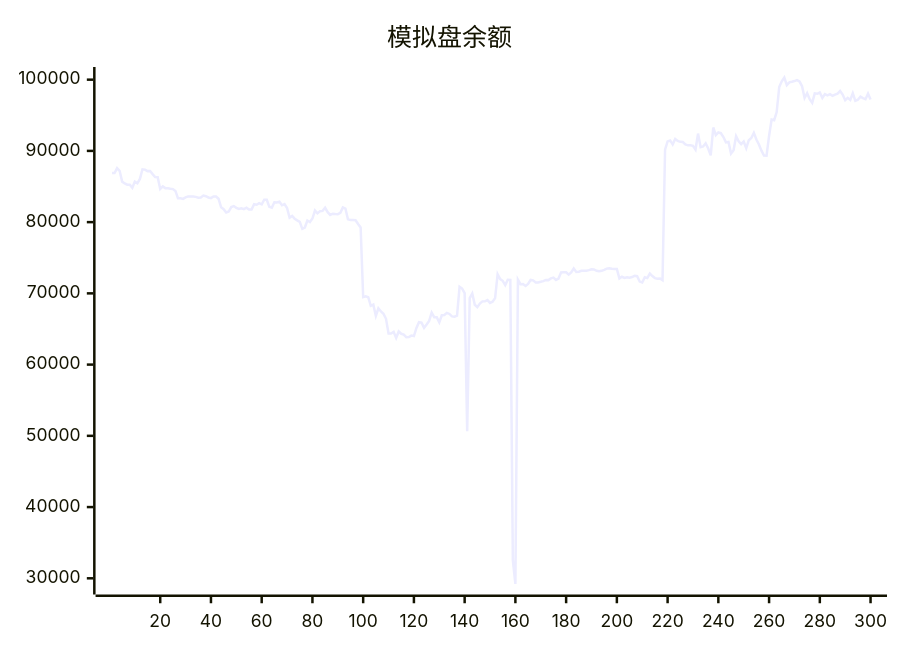
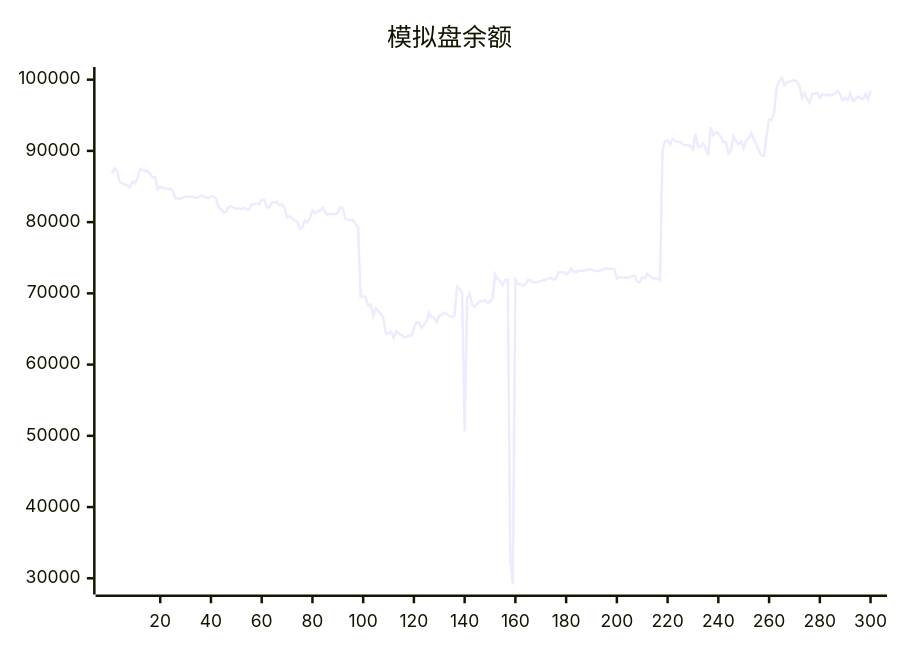
One commit to aahl/ai-trading changed the diagram in README.md. Above: the diagram before and after it, drawn with Mermaid. The commit also changed other lines of this file and 1 other file, not shown here.

````diff
--- a/README.md
+++ b/README.md
@@ -5,5 +5,5 @@
 ```mermaid
 xychart
     title "模拟盘余额"
-    line [86894,86884,87576,87209,85686,85435,85251,85255,84820,85689,85453,86066,87420,87373,87161,87178,86740,86341,86315,84643,85012,84772,84768,84690,84635,84376,83360,83357,83259,83474,83608,83606,83602,83548,83440,83454,83724,83644,83464,83365,83590,83592,83275,82072,81806,81344,81492,82109,82254,82006,81848,81955,81829,82022,81769,81776,82522,82441,82656,82498,83144,83144,82150,82038,82797,82763,82872,82367,82536,81981,80612,80862,80484,80242,80034,79063,79245,80226,80016,80507,81625,81233,81544,81578,82016,81401,81019,81186,81130,81118,81306,82066,81909,80392,80304,80291,80258,79729,79261,69466,69579,69456,68251,68415,66832,67911,67462,67144,66432,64380,64375,64606,63740,64647,64324,64216,63842,63877,64078,64008,65156,65945,65888,65157,65625,66144,67284,66653,66639,65924,66925,66956,67263,67108,66766,66729,66886,70927,70673,70049,50652,69334,69973,68400,68061,68578,68876,68879,69055,68662,68822,69329,72687,71999,71760,71162,71911,71896,32500,29218,71927,71297,71305,71044,71337,71883,71822,71536,71536,71622,71723,71880,71860,72100,72216,71887,72077,72940,72976,72966,72638,72948,73497,73004,73041,73173,73160,73186,73258,73375,73351,73173,73098,73161,73305,73474,73536,73457,73413,73412,72100,72333,72164,72272,72204,72285,72461,72421,71652,71521,72267,72157,72774,72424,72144,72060,72091,71858,90185,91338,91466,90900,91678,91404,91268,91244,90903,90779,90787,90721,90187,92429,90518,90619,91070,90328,89376,93286,92202,92581,92485,91947,91196,91259,89619,90086,92063,91355,90950,91327,90373,91498,91800,92531,91603,90910,90031,89351,89334,92097,94406,94315,95455,98972,99763,100286,99229,99622,99701,99805,99938,99738,99082,97430,98094,97267,96741,98081,98013,98194,97447,97983,97789,97969,97729,97911,98043,98405,97912,97120,97448,97154,98095,97021,97190,97616,97402,97263,98035,97210]
+    line [86884,87576,87209,85686,85435,85251,85255,84820,85689,85453,86066,87420,87373,87161,87178,86740,86341,86315,84643,85012,84772,84768,84690,84635,84376,83360,83357,83259,83474,83608,83606,83602,83548,83440,83454,83724,83644,83464,83365,83590,83592,83275,82072,81806,81344,81492,82109,82254,82006,81848,81955,81829,82022,81769,81776,82522,82441,82656,82498,83144,83144,82150,82038,82797,82763,82872,82367,82536,81981,80612,80862,80484,80242,80034,79063,79245,80226,80016,80507,81625,81233,81544,81578,82016,81401,81019,81186,81130,81118,81306,82066,81909,80392,80304,80291,80258,79729,79261,69466,69579,69456,68251,68415,66832,67911,67462,67144,66432,64380,64375,64606,63740,64647,64324,64216,63842,63877,64078,64008,65156,65945,65888,65157,65625,66144,67284,66653,66639,65924,66925,66956,67263,67108,66766,66729,66886,70927,70673,70049,50652,69334,69973,68400,68061,68578,68876,68879,69055,68662,68822,69329,72687,71999,71760,71162,71911,71896,32500,29218,71927,71297,71305,71044,71337,71883,71822,71536,71536,71622,71723,71880,71860,72100,72216,71887,72077,72940,72976,72966,72638,72948,73497,73004,73041,73173,73160,73186,73258,73375,73351,73173,73098,73161,73305,73474,73536,73457,73413,73412,72100,72333,72164,72272,72204,72285,72461,72421,71652,71521,72267,72157,72774,72424,72144,72060,72091,71858,90185,91338,91466,90900,91678,91404,91268,91244,90903,90779,90787,90721,90187,92429,90518,90619,91070,90328,89376,93286,92202,92581,92485,91947,91196,91259,89619,90086,92063,91355,90950,91327,90373,91498,91800,92531,91603,90910,90031,89351,89334,92097,94406,94315,95455,98972,99763,100286,99229,99622,99701,99805,99938,99738,99082,97430,98094,97267,96741,98081,98013,98194,97447,97983,97789,97969,97729,97911,98043,98405,97912,97120,97448,97154,98095,97021,97190,97616,97402,97263,98035,97210,98424]
 ```
````
